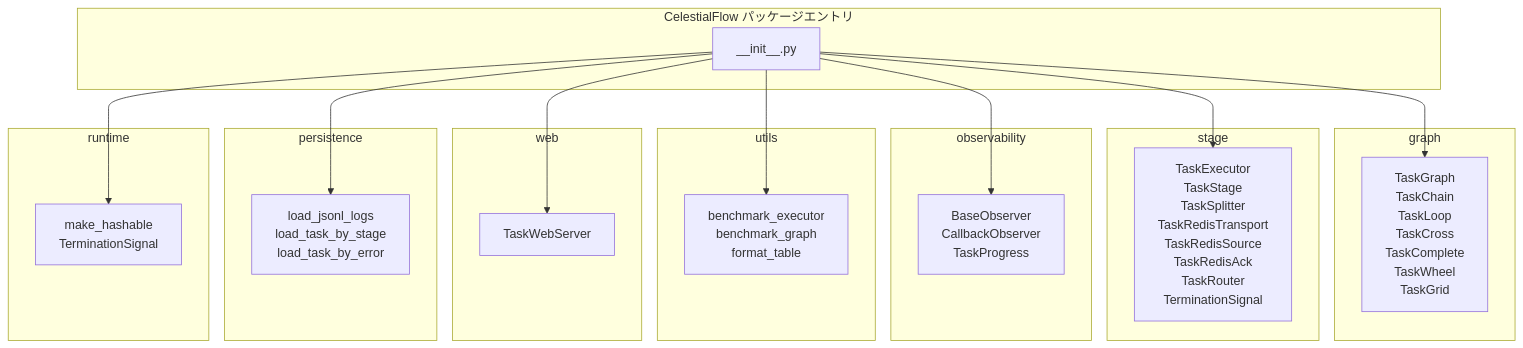
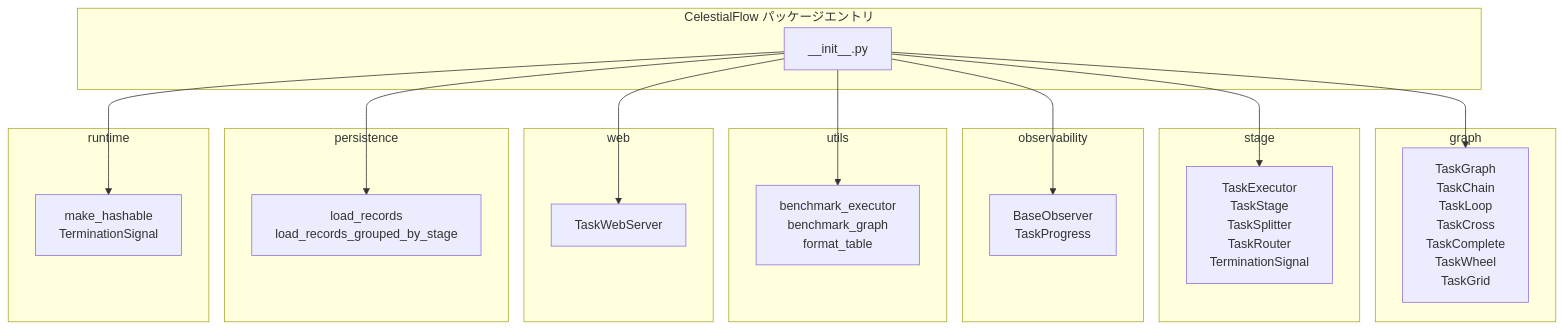
Before and after one commit to Mr-xiaotian/CelestialFlow: the diagram in docs/ja/src/__init__.md, drawn with Mermaid. The commit also changed other lines of this file and 168 other files, not shown here.

````diff
--- a/docs/ja/src/__init__.md
+++ b/docs/ja/src/__init__.md
@@ -212,42 +202,42 @@
 ```mermaid
 graph TD
     subgraph "CelestialFlow パッケージエントリ"
         Init["__init__.py"]
     end
 
     subgraph graph
         G["TaskGraph<br/>TaskChain<br/>TaskLoop<br/>TaskCross<br/>TaskComplete<br/>TaskWheel<br/>TaskGrid"]
     end
 
     subgraph stage
-        S["TaskExecutor<br/>TaskStage<br/>TaskSplitter<br/>TaskRedisTransport<br/>TaskRedisSource<br/>TaskRedisAck<br/>TaskRouter<br/>TerminationSignal"]
+        S["TaskExecutor<br/>TaskStage<br/>TaskSplitter<br/>TaskRouter<br/>TerminationSignal"]
     end
 
     subgraph observability
-        O["BaseObserver<br/>CallbackObserver<br/>TaskProgress"]
+        O["BaseObserver<br/>TaskProgress"]
     end
 
     subgraph utils
         U["benchmark_executor<br/>benchmark_graph<br/>format_table"]
     end
 
     subgraph web
         W["TaskWebServer"]
     end
 
     subgraph persistence
-        P["load_jsonl_logs<br/>load_task_by_stage<br/>load_task_by_error"]
+        P["load_records<br/>load_records_grouped_by_stage"]
     end
 
     subgraph runtime
         R["make_hashable<br/>TerminationSignal"]
     end
 
     Init --> G
     Init --> S
     Init --> O
     Init --> U
     Init --> W
     Init --> P
     Init --> R
 ```
````
